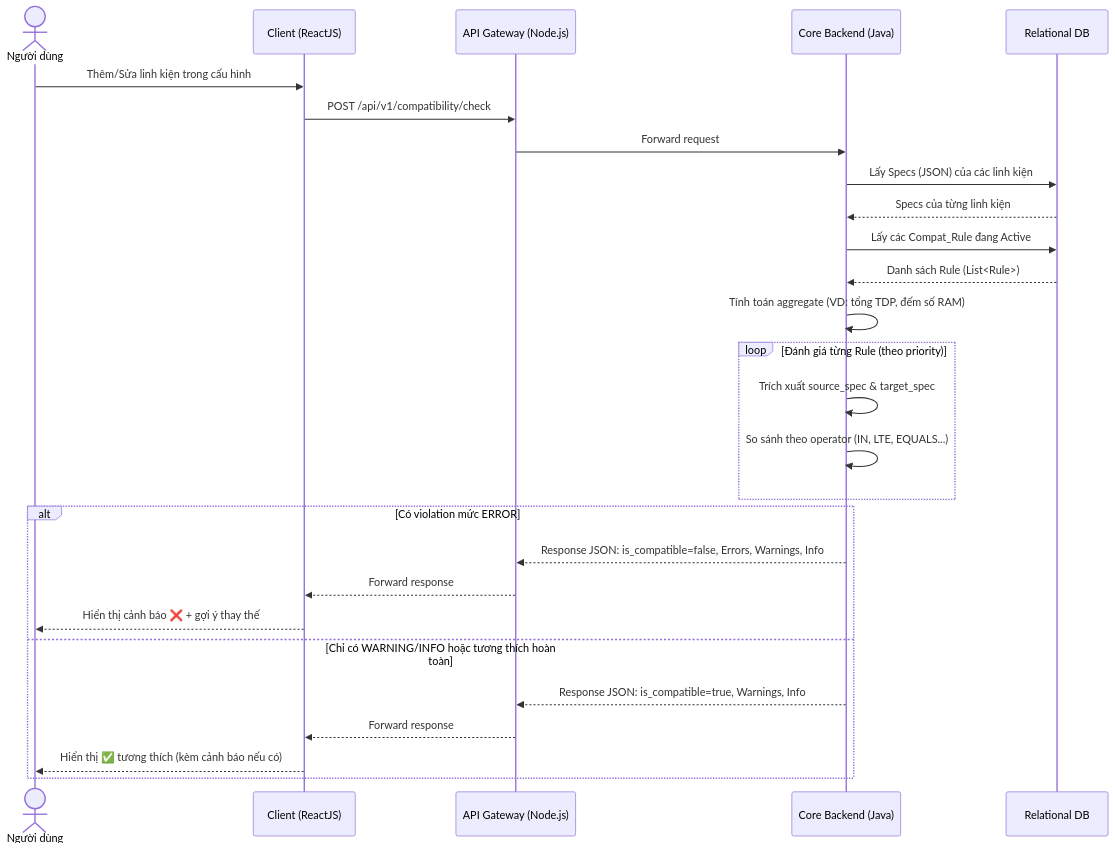
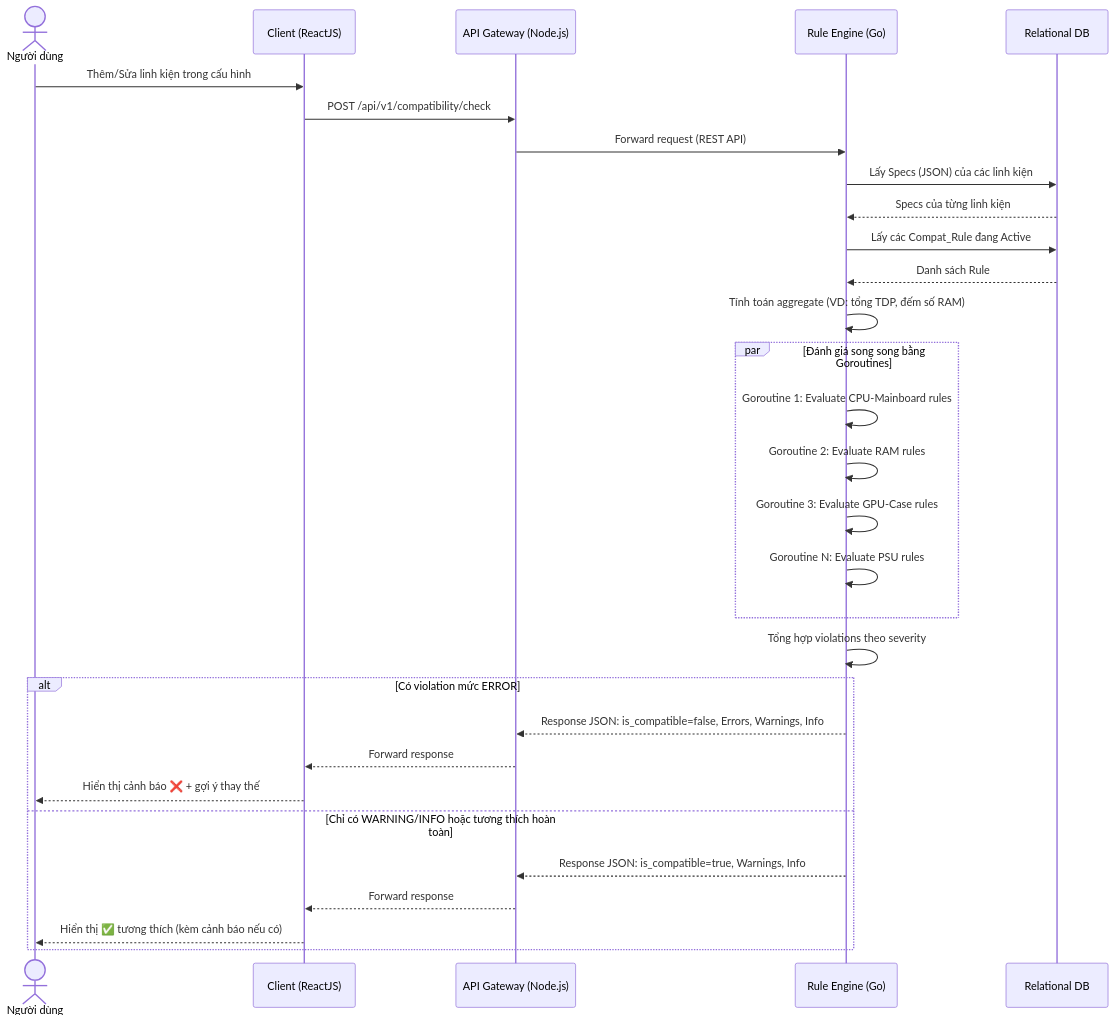
The fifth of 6 diagrams in prj1.md (bankientapcode-1410/project1), drawn with Mermaid before and after one commit. The commit also changed other lines of this file, not shown here.

````diff
--- a/prj1.md
+++ b/prj1.md
@@ -340,31 +328,34 @@
 ```mermaid
 sequenceDiagram
     actor User as Người dùng
     participant UI as Client (ReactJS)
     participant GW as API Gateway (Node.js)
-    participant Core as Core Backend (Java)
+    participant RuleEng as Rule Engine (Go)
     participant DB as Relational DB
     
     User->>UI: Thêm/Sửa linh kiện trong cấu hình
     UI->>GW: POST /api/v1/compatibility/check
-    GW->>Core: Forward request
-    Core->>DB: Lấy Specs (JSON) của các linh kiện
-    DB-->>Core: Specs của từng linh kiện
-    Core->>DB: Lấy các Compat_Rule đang Active
-    DB-->>Core: Danh sách Rule (List<Rule>)
-    Core->>Core: Tính toán aggregate (VD: tổng TDP, đếm số RAM)
-    loop Đánh giá từng Rule (theo priority)
-        Core->>Core: Trích xuất source_spec & target_spec
-        Core->>Core: So sánh theo operator (IN, LTE, EQUALS...)
+    GW->>RuleEng: Forward request (REST API)
+    RuleEng->>DB: Lấy Specs (JSON) của các linh kiện
+    DB-->>RuleEng: Specs của từng linh kiện
+    RuleEng->>DB: Lấy các Compat_Rule đang Active
+    DB-->>RuleEng: Danh sách Rule
+    RuleEng->>RuleEng: Tính toán aggregate (VD: tổng TDP, đếm số RAM)
+    par Đánh giá song song bằng Goroutines
+        RuleEng->>RuleEng: Goroutine 1: Evaluate CPU-Mainboard rules
+        RuleEng->>RuleEng: Goroutine 2: Evaluate RAM rules
+        RuleEng->>RuleEng: Goroutine 3: Evaluate GPU-Case rules
+        RuleEng->>RuleEng: Goroutine N: Evaluate PSU rules
     end
+    RuleEng->>RuleEng: Tổng hợp violations theo severity
     
     alt Có violation mức ERROR
-        Core-->>GW: Response JSON: is_compatible=false, Errors, Warnings, Info
+        RuleEng-->>GW: Response JSON: is_compatible=false, Errors, Warnings, Info
         GW-->>UI: Forward response
         UI-->>User: Hiển thị cảnh báo ❌ + gợi ý thay thế
     else Chỉ có WARNING/INFO hoặc tương thích hoàn toàn
-        Core-->>GW: Response JSON: is_compatible=true, Warnings, Info
+        RuleEng-->>GW: Response JSON: is_compatible=true, Warnings, Info
         GW-->>UI: Forward response
         UI-->>User: Hiển thị ✅ tương thích (kèm cảnh báo nếu có)
     end
 ```
````
